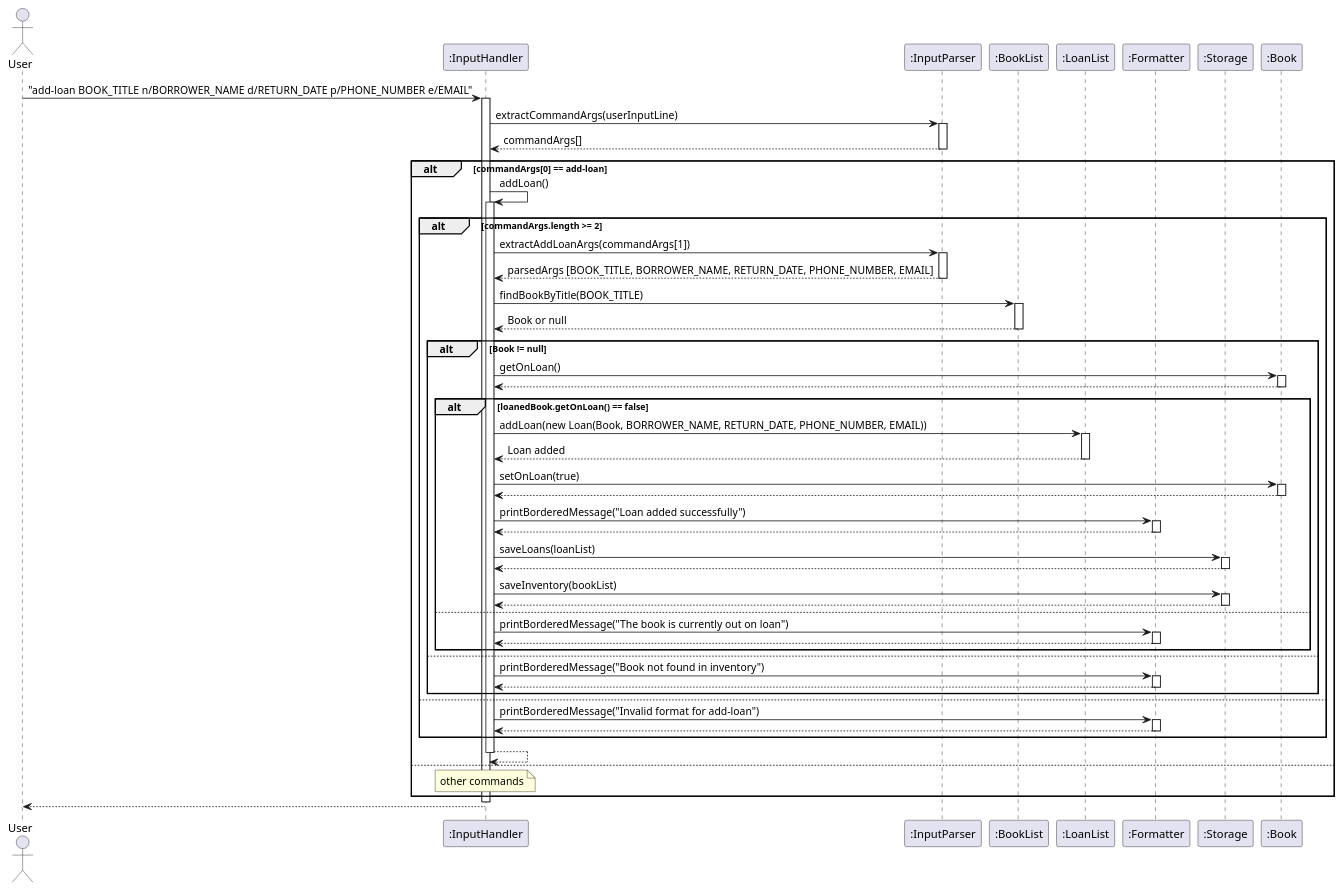
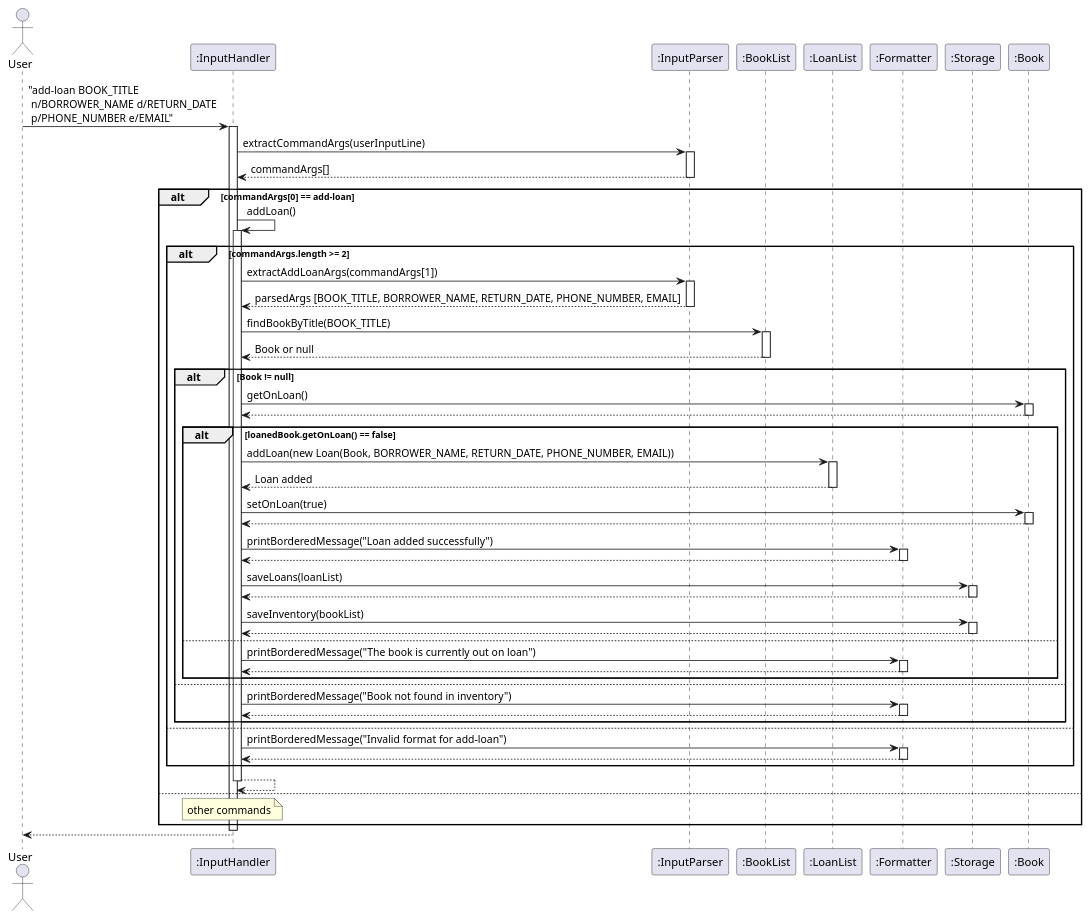
Before and after one commit to AY2425S2-CS2113-T12-2/tp: the diagram in docs/diagrams/addLoan.puml, drawn with PlantUML. The commit also changed 7 other files, not shown here.

```diff
--- a/docs/diagrams/addLoan.puml
+++ b/docs/diagrams/addLoan.puml
@@ -1,105 +1,105 @@
 @startuml
 actor User
 participant InputHandler as ":InputHandler"
 participant InputParser as ":InputParser"
 participant BookList as ":BookList"
 participant LoanList as ":LoanList"
 participant Formatter as ":Formatter"
 participant Storage as ":Storage"
 participant Book as ":Book"
 
-User -> InputHandler: "add-loan BOOK_TITLE n/BORROWER_NAME d/RETURN_DATE p/PHONE_NUMBER e/EMAIL"
+User -> InputHandler: "add-loan BOOK_TITLE \n n/BORROWER_NAME d/RETURN_DATE \n p/PHONE_NUMBER e/EMAIL"
 activate InputHandler
 
 InputHandler -> InputParser: extractCommandArgs(userInputLine)
 activate InputParser
 
 InputParser --> InputHandler: commandArgs[]
 deactivate InputParser
 
 alt commandArgs[0] == add-loan
     InputHandler -> InputHandler : addLoan()
     activate InputHandler
 
 alt commandArgs.length >= 2
     InputHandler -> InputParser: extractAddLoanArgs(commandArgs[1])
     activate InputParser
 
     InputParser --> InputHandler: parsedArgs [BOOK_TITLE, BORROWER_NAME, RETURN_DATE, PHONE_NUMBER, EMAIL]
     deactivate InputParser
 
     InputHandler -> BookList: findBookByTitle(BOOK_TITLE)
     activate BookList
 
     BookList --> InputHandler: Book or null
     deactivate BookList
 
     alt Book != null
         InputHandler -> Book: getOnLoan()
         activate Book
 
         Book --> InputHandler
         deactivate Book
 
         alt loanedBook.getOnLoan() == false
             InputHandler -> LoanList: addLoan(new Loan(Book, BORROWER_NAME, RETURN_DATE, PHONE_NUMBER, EMAIL))
             activate LoanList
             LoanList --> InputHandler: Loan added
             deactivate LoanList
 
             InputHandler -> Book: setOnLoan(true)
             activate Book
 
             Book --> InputHandler
             deactivate Book
 
             InputHandler -> Formatter: printBorderedMessage("Loan added successfully")
             activate Formatter
 
             Formatter --> InputHandler
             deactivate Formatter
 
             InputHandler -> Storage: saveLoans(loanList)
             activate Storage
 
             Storage --> InputHandler
             deactivate Storage
 
             InputHandler -> Storage: saveInventory(bookList)
             activate Storage
 
             Storage --> InputHandler
             deactivate Storage
 
         else
             InputHandler -> Formatter: printBorderedMessage("The book is currently out on loan")
             activate Formatter
 
             Formatter --> InputHandler
             deactivate Formatter
         end
     else
         InputHandler -> Formatter: printBorderedMessage("Book not found in inventory")
         activate Formatter
 
         Formatter --> InputHandler
         deactivate Formatter
     end
 
     else
         InputHandler -> Formatter: printBorderedMessage("Invalid format for add-loan")
         activate Formatter
         Formatter --> InputHandler
         deactivate Formatter
     end
 
 InputHandler --> InputHandler
 deactivate InputHandler
 
 else
     note over InputHandler : other commands
 end
 
 deactivate InputHandler
 InputHandler --> User
 @enduml
```
